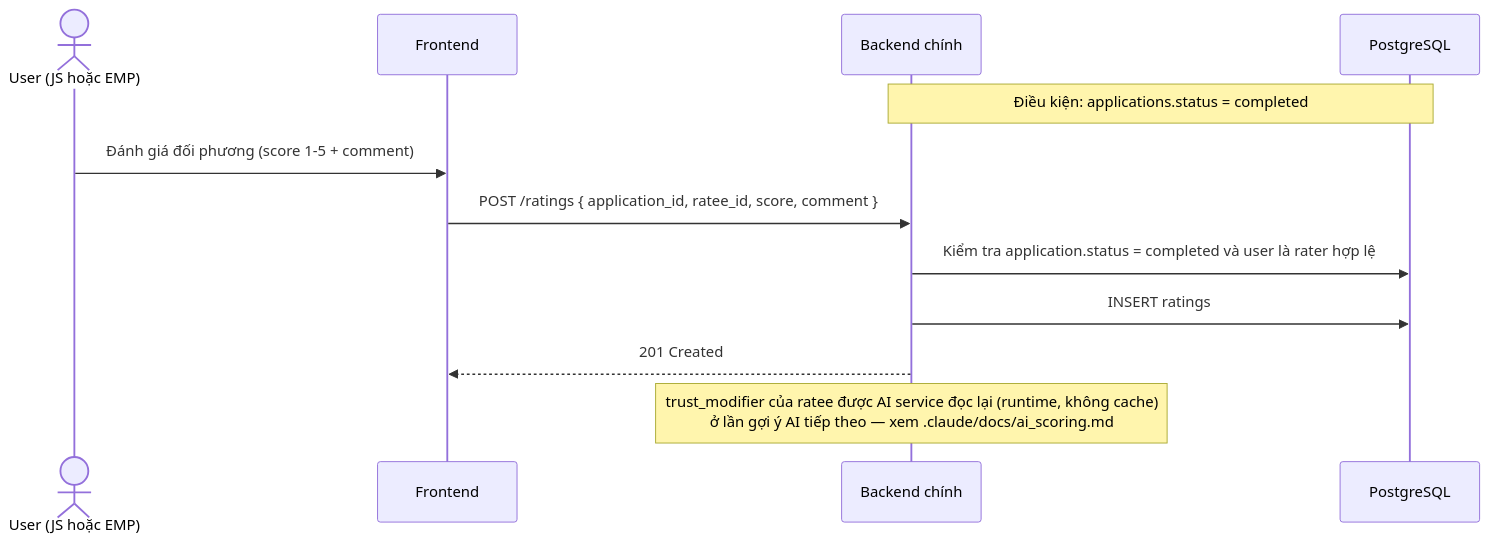
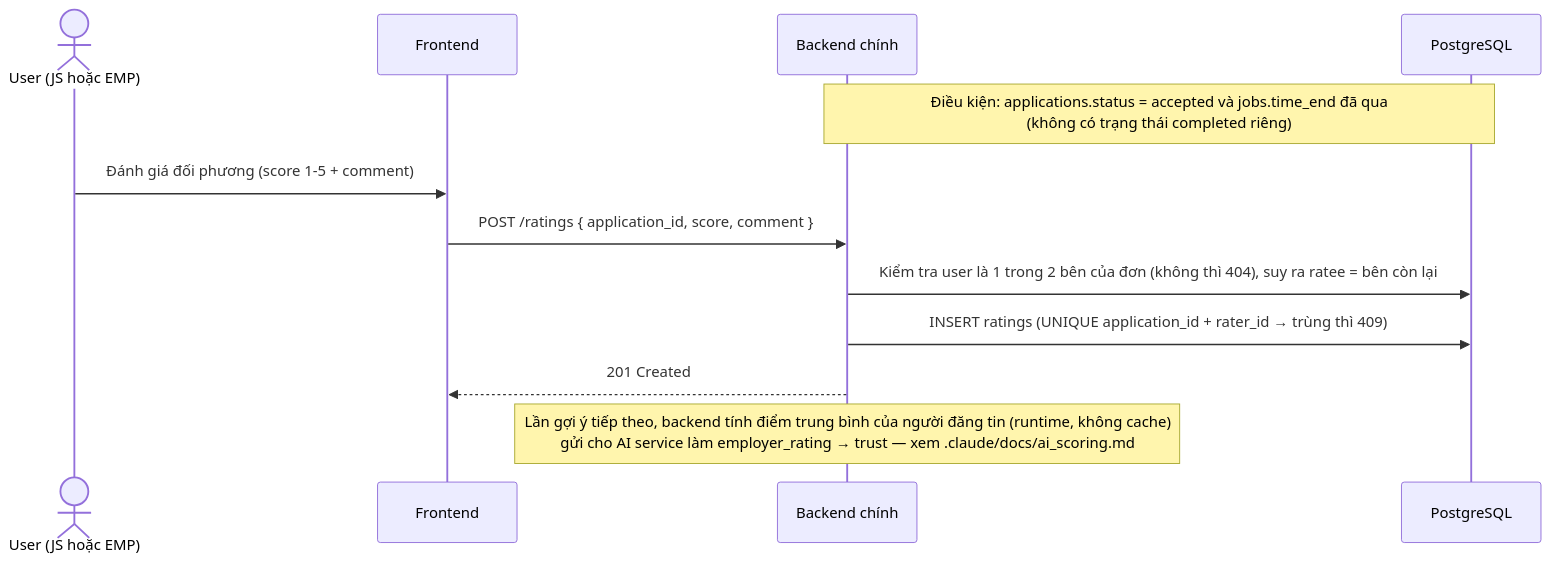
Before and after one commit to VanSyx/DATN_TimViecPartTime: the eighth of 10 diagrams in docs/design/sequence-diagram.md, drawn with Mermaid. The commit also changed 23 other files, not shown here.

First line of the commit message:
feat(rating): đánh giá hai chiều sau khi hoàn thành việc (FR6), uy tín người đăng vào trust

````diff
--- a/docs/design/sequence-diagram.md
+++ b/docs/design/sequence-diagram.md
@@ -228,16 +228,16 @@
 ```mermaid
 sequenceDiagram
     actor U as User (JS hoặc EMP)
     participant FE as Frontend
     participant BE as Backend chính
     participant DB as PostgreSQL
 
-    Note over BE,DB: Điều kiện: applications.status = completed
+    Note over BE,DB: Điều kiện: applications.status = accepted và jobs.time_end đã qua<br/>(không có trạng thái completed riêng)
     U->>FE: Đánh giá đối phương (score 1-5 + comment)
-    FE->>BE: POST /ratings { application_id, ratee_id, score, comment }
-    BE->>DB: Kiểm tra application.status = completed và user là rater hợp lệ
-    BE->>DB: INSERT ratings
+    FE->>BE: POST /ratings { application_id, score, comment }
+    BE->>DB: Kiểm tra user là 1 trong 2 bên của đơn (không thì 404), suy ra ratee = bên còn lại
+    BE->>DB: INSERT ratings (UNIQUE application_id + rater_id → trùng thì 409)
     BE-->>FE: 201 Created
 
-    Note over BE: trust_modifier của ratee được AI service đọc lại (runtime, không cache)<br/>ở lần gợi ý AI tiếp theo — xem .claude/docs/ai_scoring.md
+    Note over BE: Lần gợi ý tiếp theo, backend tính điểm trung bình của người đăng tin (runtime, không cache)<br/>gửi cho AI service làm employer_rating → trust — xem .claude/docs/ai_scoring.md
 ```
````
